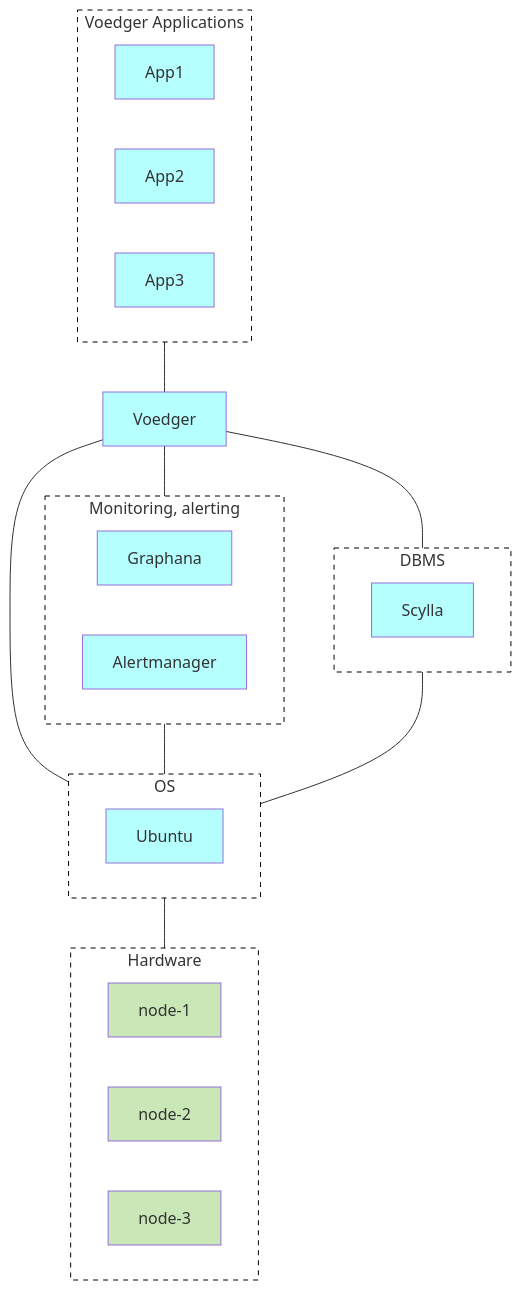
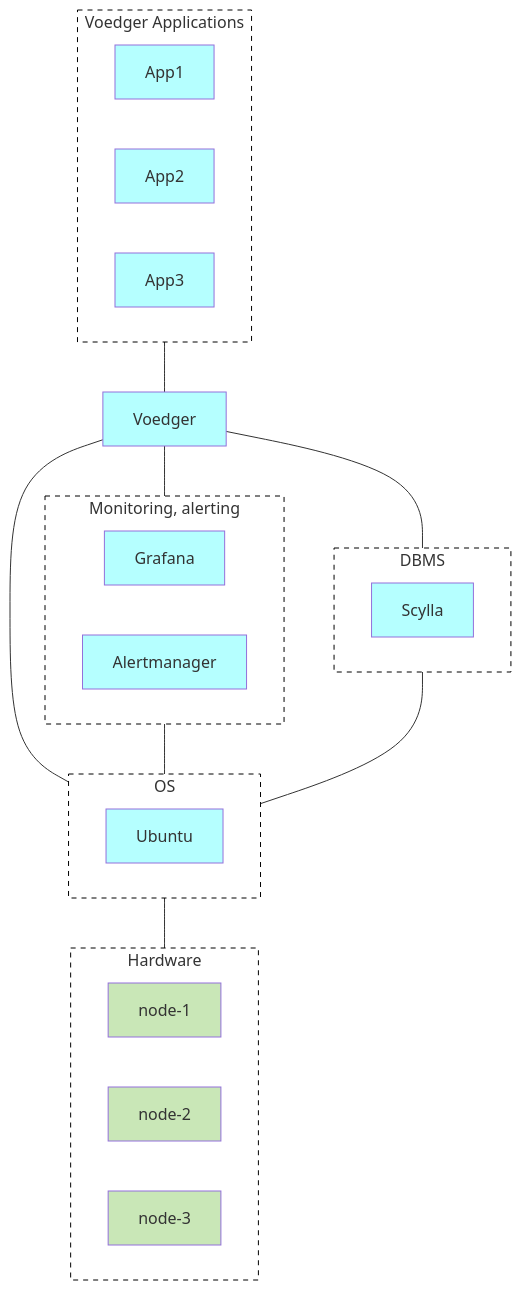
One commit to voedger/voedger-docs changed the first of 2 diagrams in concepts/clusters-and-federations.md. Above: the diagram before and after it, drawn with Mermaid. The commit also changed other lines of this file, not shown here.

Commit message:
Update Grafana spelling in clusters-and-federations.md

````diff
--- a/concepts/clusters-and-federations.md
+++ b/concepts/clusters-and-federations.md
@@ -21,47 +21,47 @@
 ```mermaid
 graph TD
     
     apps:::G
     subgraph apps["Voedger Applications"]
         App1:::S
         App2:::S
         App3:::S
     end
 
     voedger[Voedger]:::S
 
     Monalert:::G
     subgraph Monalert[Monitoring, alerting]
-        Graphana:::S
+        Grafana:::S
         Alertmanager:::S
     end   
 
     db:::G
     subgraph db[DBMS]
         Scylla:::S
     end
 
     OS:::G
     subgraph OS
         Ubuntu:::S
     end    
 
     Hardware:::G
     subgraph Hardware
         node-1:::H
         node-2:::H
         node-3:::H
     end    
     apps --- voedger
     voedger --- Monalert
     voedger --- db
     voedger --- OS
     Monalert --- OS
     db --- OS
     OS --- Hardware
 
     classDef B fill:#FFFFB5
     classDef S fill:#B5FFFF
     classDef H fill:#C9E7B7
     classDef G fill:#FFFFFF,stroke:#000000, stroke-width:1px, stroke-dasharray: 5 5
 ```
````
